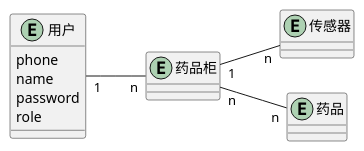
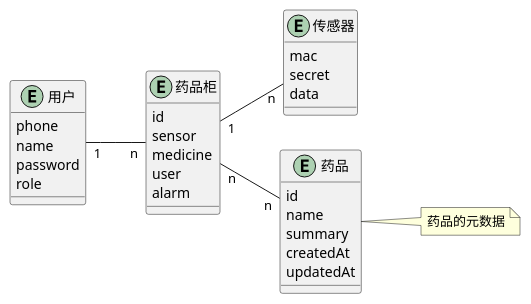
One commit to Grapedge/smart-medicine-cabinet changed the second of 2 diagrams in docs/project.md. Above: the diagram before and after it, drawn with PlantUML. The commit also changed other lines of this file and 8 other files, not shown here.

````diff
--- a/docs/project.md
+++ b/docs/project.md
@@ -64,19 +64,39 @@
 ```plantuml
 @startuml
 left to right direction
 entity 用户 {
   phone
   name
   password
   role
 }
-entity 药品柜 {}
-entity 传感器 {}
 
-entity 药品 {}
+entity 药品柜 {
+  id
+  sensor
+  medicine
+  user
+  alarm
+}
+
+entity 传感器 {
+  mac
+  secret
+  data
+}
+
+entity 药品 {
+  id
+  name
+  summary
+  createdAt
+  updatedAt
+}
+
+note right of 药品 : 药品的元数据
 
 用户 "1" -- "n" 药品柜
 药品柜 "1" -- "n" 传感器
 药品柜 "n" -- "n" 药品
 @enduml
 ```
````
